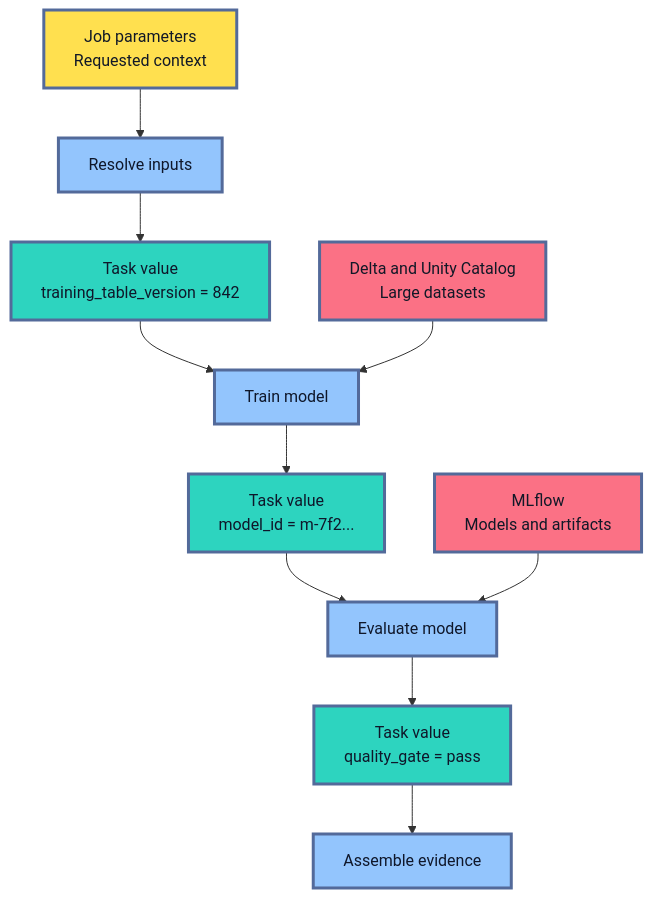
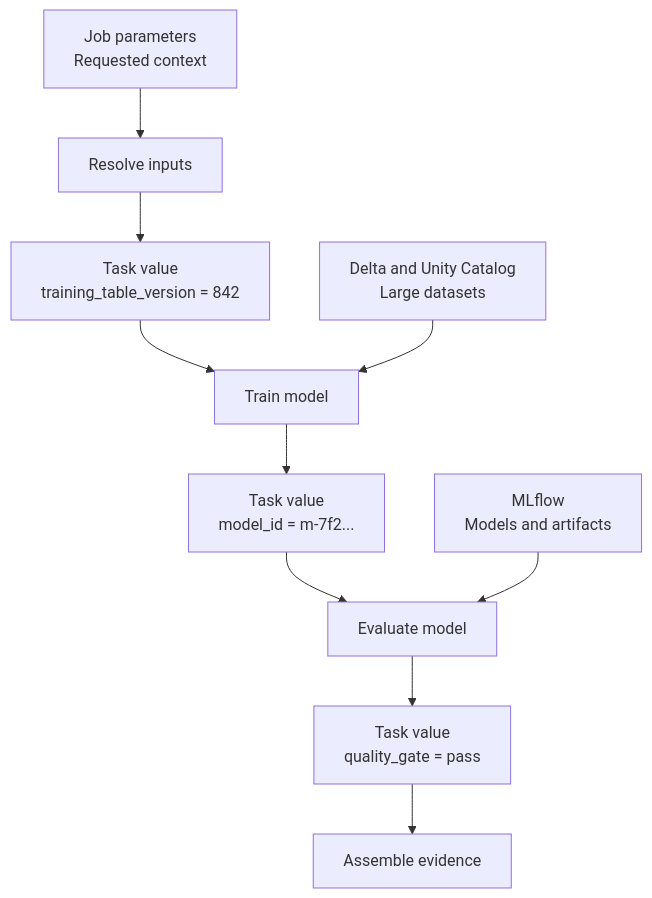
One commit to senlinyy/dev-roadmaps changed the third of 5 diagrams in roadmaps/mlops/modules/mlops-infrastructure/cloud-mlops-services/databricks-mlops/05-production-training-lakeflow-jobs.md. Above: the diagram before and after it, drawn with Mermaid. The commit also changed other lines of this file and 152 other files, not shown here.

Commit message:
feat: mlops and diagrams updated

````diff
--- a/roadmaps/mlops/modules/mlops-infrastructure/cloud-mlops-services/databricks-mlops/05-production-training-lakeflow-jobs.md
+++ b/roadmaps/mlops/modules/mlops-infrastructure/cloud-mlops-services/databricks-mlops/05-production-training-lakeflow-jobs.md
@@ -234,22 +226,18 @@
 ```mermaid
 flowchart TD
     A["Job parameters<br/>Requested context"] --> B["Resolve inputs"]
     B --> C["Task value<br/>training_table_version = 842"]
     C --> D["Train model"]
     D --> E["Task value<br/>model_id = m-7f2..."]
     E --> F["Evaluate model"]
     F --> G["Task value<br/>quality_gate = pass"]
     G --> H["Assemble evidence"]
 
     I["Delta and Unity Catalog<br/>Large datasets"] --> D
     J["MLflow<br/>Models and artifacts"] --> F
 
-    classDef requested fill:#FFE04F,stroke:#536A9A,stroke-width:3px,color:#111827
-    classDef value fill:#2DD4BF,stroke:#536A9A,stroke-width:3px,color:#0F172A
-    classDef work fill:#93C5FD,stroke:#536A9A,stroke-width:3px,color:#0F172A
-    classDef durable fill:#FB7185,stroke:#536A9A,stroke-width:3px,color:#111827
     class A requested
     class C,E,G value
     class B,D,F,H work
     class I,J durable
 ```
````
